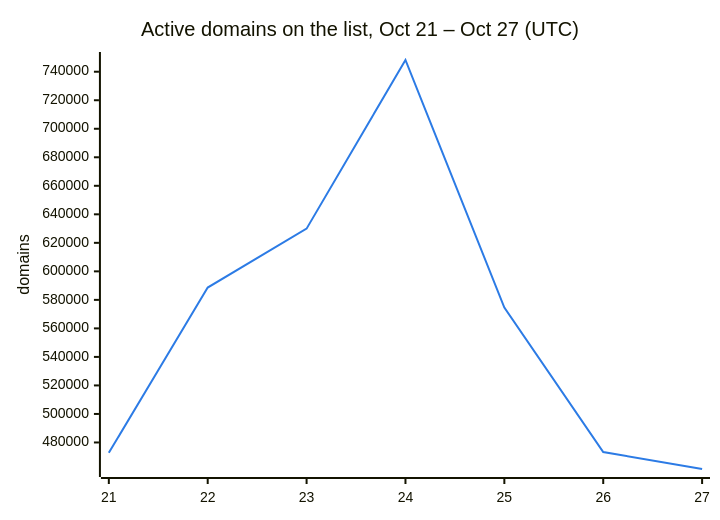
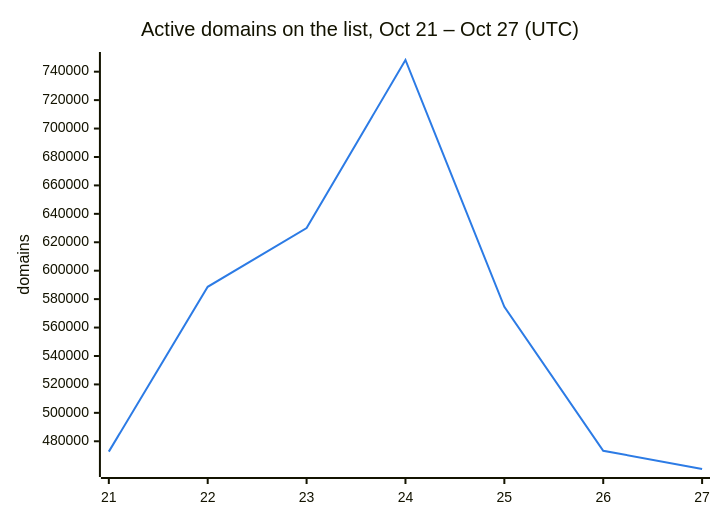
Before and after one commit to DNSBunker/CTI: the second of 3 diagrams in README.md, drawn with Mermaid. The commit also changed other lines of this file and 3 other files, not shown here.

````diff
--- a/README.md
+++ b/README.md
@@ -38,8 +38,8 @@
 ```mermaid
 %%{init: {"themeVariables": {"xyChart": {"plotColorPalette": "#2c7be5"}}}}%%
 xychart-beta
     title "Active domains on the list, Oct 21 – Oct 27 (UTC)"
     x-axis ["21", "22", "23", "24", "25", "26", "27"]
     y-axis "domains"
-    line [472713, 588659, 629951, 748222, 574614, 473331, 461393]
+    line [472713, 588659, 629951, 748222, 574614, 473331, 460494]
 ```
````
